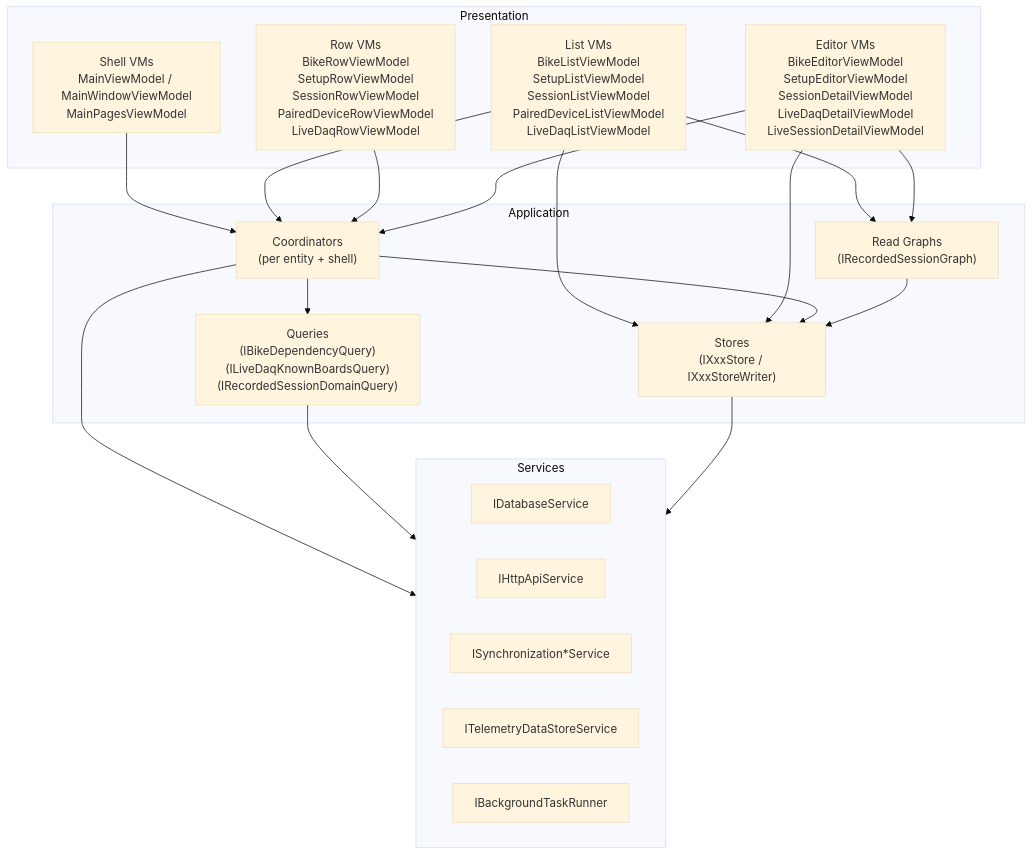
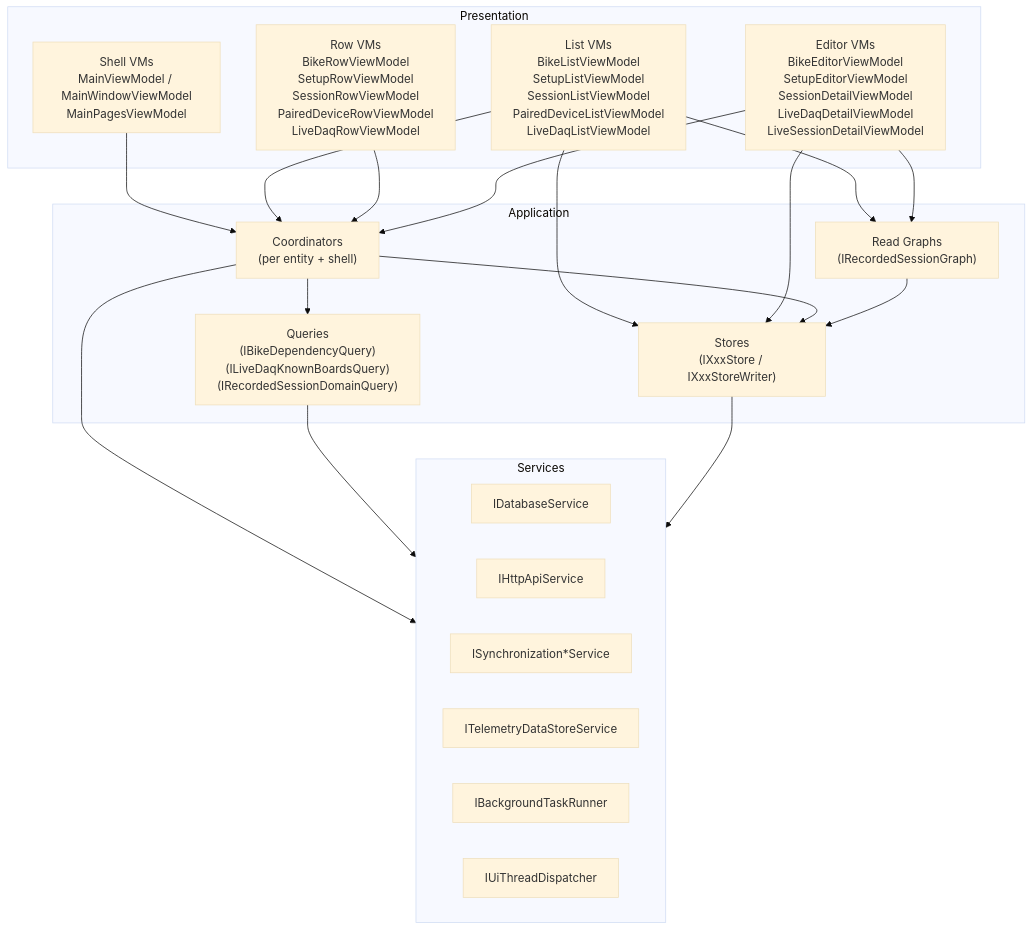
One commit to MoridinBG/Sufni.app changed the diagram in docs/architecture/ui.md. Above: the diagram before and after it, drawn with Mermaid (base theme). The commit also changed other lines of this file and 5 other files, not shown here.

Commit message:
Document cleanup architecture boundaries

````diff
--- a/docs/architecture/ui.md
+++ b/docs/architecture/ui.md
@@ -40,39 +40,40 @@
 ```mermaid
 graph TB
     subgraph Presentation["Presentation"]
         Shell["Shell VMs<br/>MainViewModel / MainWindowViewModel<br/>MainPagesViewModel"]
         Lists["List VMs<br/>BikeListViewModel<br/>SetupListViewModel<br/>SessionListViewModel<br/>PairedDeviceListViewModel<br/>LiveDaqListViewModel"]
         Rows["Row VMs<br/>BikeRowViewModel<br/>SetupRowViewModel<br/>SessionRowViewModel<br/>PairedDeviceRowViewModel<br/>LiveDaqRowViewModel"]
         Editors["Editor VMs<br/>BikeEditorViewModel<br/>SetupEditorViewModel<br/>SessionDetailViewModel<br/>LiveDaqDetailViewModel<br/>LiveSessionDetailViewModel"]
     end
 
     subgraph Application["Application"]
         Coords["Coordinators<br/>(per entity + shell)"]
         Stores["Stores<br/>(IXxxStore / IXxxStoreWriter)"]
         Graphs["Read Graphs<br/>(IRecordedSessionGraph)"]
         Queries["Queries<br/>(IBikeDependencyQuery)<br/>(ILiveDaqKnownBoardsQuery)<br/>(IRecordedSessionDomainQuery)"]
     end
 
     subgraph Services["Services"]
         DBSvc["IDatabaseService"]
         HttpSvc["IHttpApiService"]
         SyncSvc["ISynchronization*Service"]
         DSSSvc["ITelemetryDataStoreService"]
         BgSvc["IBackgroundTaskRunner"]
+        UiSvc["IUiThreadDispatcher"]
     end
 
     Shell --> Coords
     Lists --> Stores
     Lists --> Graphs
     Lists --> Coords
     Rows --> Coords
     Editors --> Coords
     Editors --> Stores
     Editors --> Graphs
     Coords --> Stores
     Coords --> Queries
     Coords --> Services
     Graphs --> Stores
     Queries --> Services
     Stores --> Services
 ```
````
